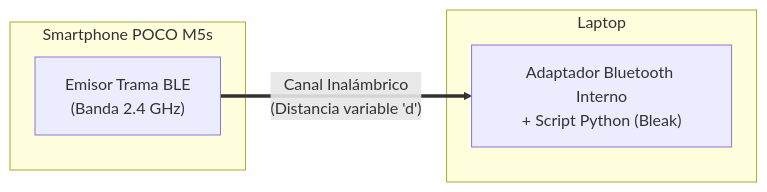
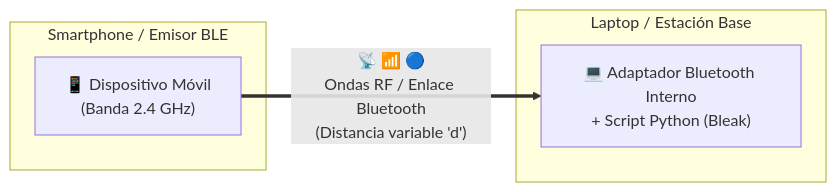
The diagram in docs/pia_propuesta_h2.md (victoria-trevinom/ble_link_sec), drawn with Mermaid before and after one commit. The commit also changed other lines of this file, not shown here.

Commit message:
Revise link assembly diagram and descriptions
Updated the link assembly section with a new diagram and improved descriptions.

````diff
--- a/docs/pia_propuesta_h2.md
+++ b/docs/pia_propuesta_h2.md
@@ -34,12 +36,12 @@
 ```mermaid
 flowchart LR
-    subgraph Emisor [Smartphone POCO M5s]
-        A["Emisor Trama BLE<br/>(Banda 2.4 GHz)"]
+    subgraph Emisor [Smartphone / Emisor BLE]
+        A["📱 Dispositivo Móvil<br/>(Banda 2.4 GHz)"]
     end
 
-    A ==>|"Canal Inalámbrico<br/>(Distancia variable 'd')"| B
+    A ==>|"📡 📶 🔵<br/>Ondas RF / Enlace Bluetooth<br/>(Distancia variable 'd')"| B
 
-    subgraph Receptor [Laptop]
-        B["Adaptador Bluetooth Interno<br/>+ Script Python (Bleak)"]
+    subgraph Receptor [Laptop / Estación Base]
+        B["💻 Adaptador Bluetooth Interno<br/>+ Script Python (Bleak)"]
     end
 ```
````
